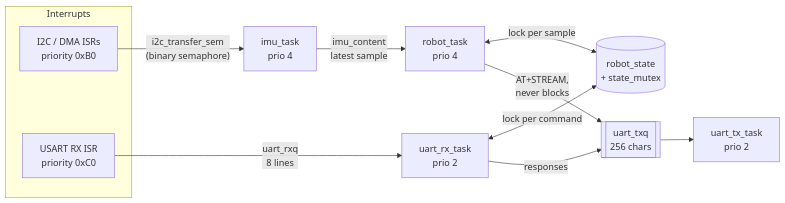
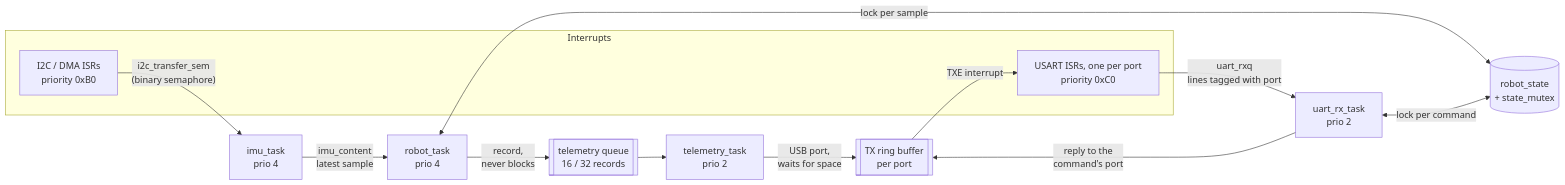
Before and after one commit to machadothi/balancing_robot: the second of 2 diagrams in docs/03-boot-and-rtos.md, drawn with Mermaid. The commit also changed other lines of this file and 30 other files, not shown here.

````diff
--- a/docs/03-boot-and-rtos.md
+++ b/docs/03-boot-and-rtos.md
@@ -72,23 +72,26 @@
 ```mermaid
 flowchart LR
     subgraph ISRS["Interrupts"]
         DMAISR["I2C / DMA ISRs<br/>priority 0xB0"]
-        UARTISR["USART RX ISR<br/>priority 0xC0"]
+        UARTISR["USART ISRs, one per port<br/>priority 0xC0"]
     end
 
     IMU["imu_task<br/>prio 4"]
     ROBOT["robot_task<br/>prio 4"]
     RX["uart_rx_task<br/>prio 2"]
-    TX["uart_tx_task<br/>prio 2"]
+    TELEM["telemetry_task<br/>prio 2"]
     STATE[("robot_state<br/>+ state_mutex")]
-    TXQ[["uart_txq<br/>256 chars"]]
+    TLQ[["telemetry queue<br/>16 / 32 records"]]
+    RING[["TX ring buffer<br/>per port"]]
 
     DMAISR -->|"i2c_transfer_sem<br/>(binary semaphore)"| IMU
     IMU -->|"imu_content<br/>latest sample"| ROBOT
-    UARTISR -->|"uart_rxq<br/>8 lines"| RX
+    UARTISR -->|"uart_rxq<br/>lines tagged with port"| RX
     ROBOT <-->|"lock per sample"| STATE
     RX <-->|"lock per command"| STATE
-    RX -->|"responses"| TXQ
-    ROBOT -->|"AT+STREAM,<br/>never blocks"| TXQ
-    TXQ --> TX
+    ROBOT -->|"record,<br/>never blocks"| TLQ
+    TLQ --> TELEM
+    TELEM -->|"USB port,<br/>waits for space"| RING
+    RX -->|"reply to the<br/>command's port"| RING
+    RING -->|"TXE interrupt"| UARTISR
 ```
````
